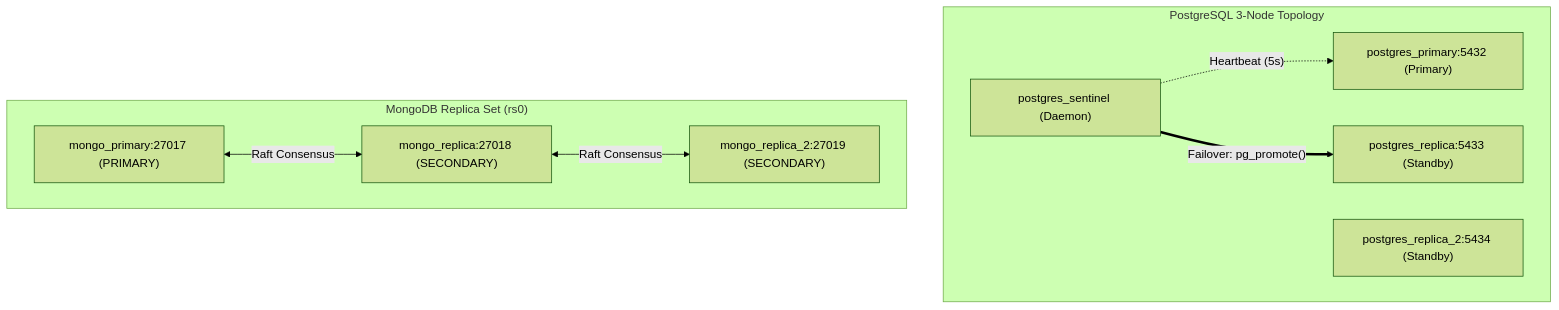
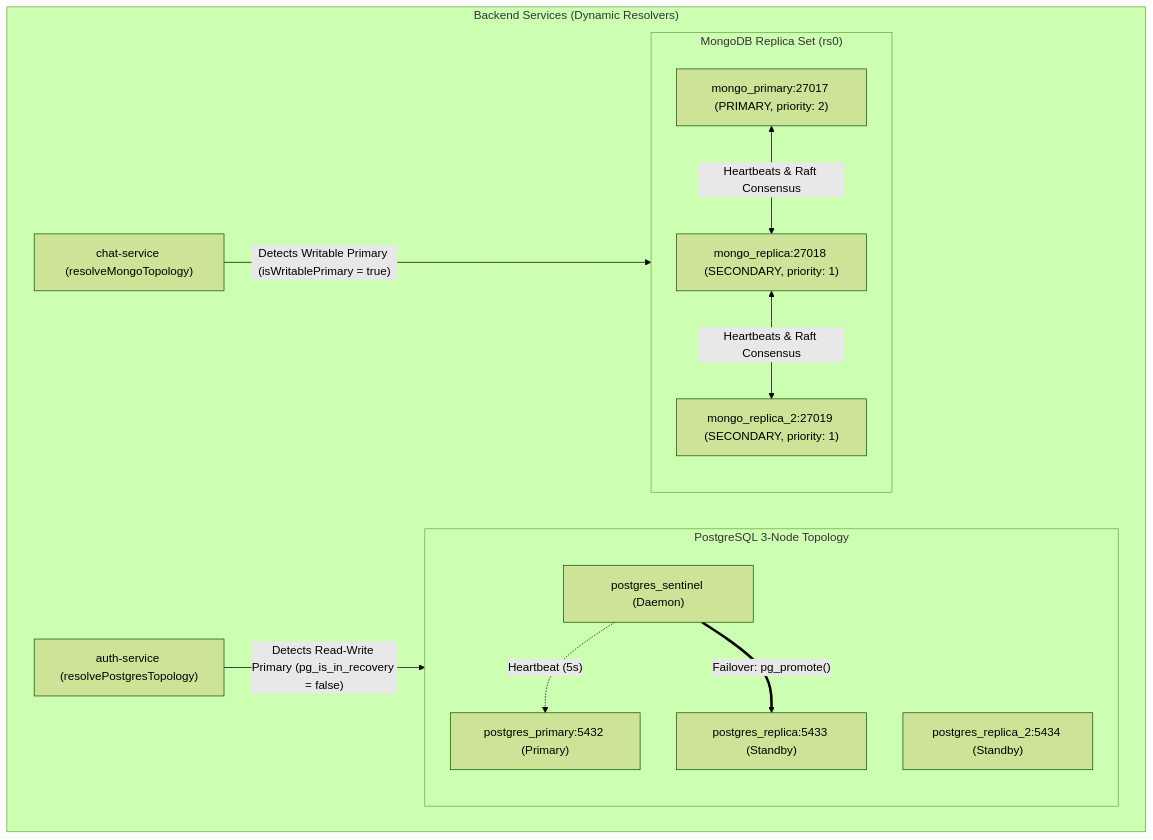
One commit to vunhat0501/messenger-clone-microservice changed the diagram in docs/failover-simulation.md. Above: the diagram before and after it, drawn with Mermaid (forest theme). The commit also changed other lines of this file and 4 other files, not shown here.

````diff
--- a/docs/failover-simulation.md
+++ b/docs/failover-simulation.md
@@ -9,19 +9,26 @@
 ```mermaid
 flowchart TD
     subgraph PostgreSQL_Cluster ["PostgreSQL 3-Node Topology"]
         P_PG["postgres_primary:5432 (Primary)"]
         R1_PG["postgres_replica:5433 (Standby)"]
         R2_PG["postgres_replica_2:5434 (Standby)"]
         Sentinel["postgres_sentinel (Daemon)"]
         Sentinel -. "Heartbeat (5s)" .-> P_PG
         Sentinel == "Failover: pg_promote()" ==> R1_PG
     end
 
     subgraph MongoDB_Cluster ["MongoDB Replica Set (rs0)"]
-        P_MG["mongo_primary:27017 (PRIMARY)"]
-        R1_MG["mongo_replica:27018 (SECONDARY)"]
-        R2_MG["mongo_replica_2:27019 (SECONDARY)"]
-        P_MG <-->|Raft Consensus| R1_MG
-        R1_MG <-->|Raft Consensus| R2_MG
+        P_MG["mongo_primary:27017 (PRIMARY, priority: 2)"]
+        R1_MG["mongo_replica:27018 (SECONDARY, priority: 1)"]
+        R2_MG["mongo_replica_2:27019 (SECONDARY, priority: 1)"]
+        P_MG <-->|Heartbeats & Raft Consensus| R1_MG
+        R1_MG <-->|Heartbeats & Raft Consensus| R2_MG
+    end
+
+    subgraph NestJS_App ["Backend Services (Dynamic Resolvers)"]
+        AUTH["auth-service (resolvePostgresTopology)"]
+        CHAT["chat-service (resolveMongoTopology)"]
+        AUTH -->|"Detects Read-Write Primary (pg_is_in_recovery = false)"| PostgreSQL_Cluster
+        CHAT -->|"Detects Writable Primary (isWritablePrimary = true)"| MongoDB_Cluster
     end
 ```
````
